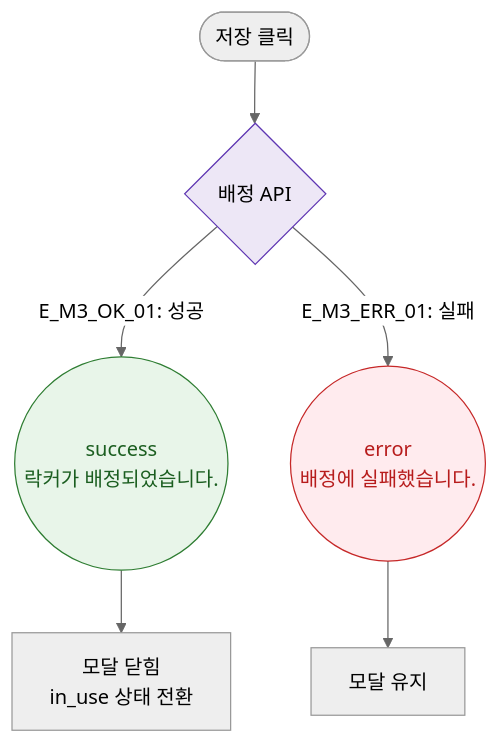
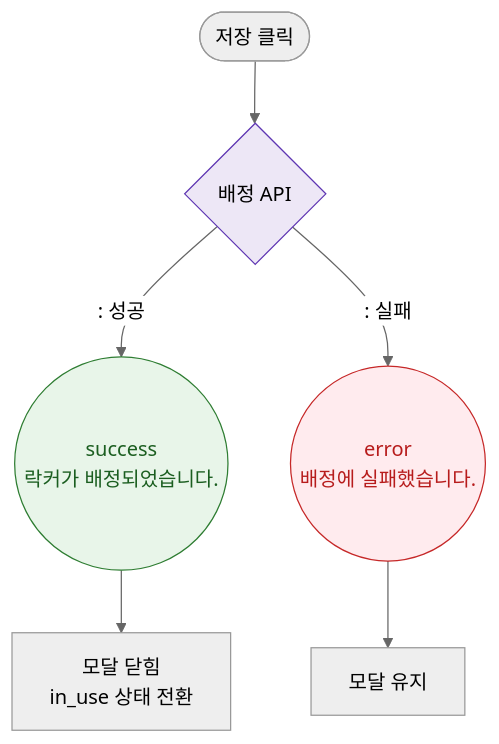
One commit to dev-spogym/admin-pando changed the diagram in docs/다이어그램/D06_시설관리/DLG/DLG-050-004_개별배정/M3_결과분기.md. Above: the diagram before and after it, drawn with Mermaid (neutral theme). The commit also changed other lines of this file and 1660 other files, not shown here.

First line of the commit message:
다이어그램: 기획자/클라이언트 납품본으로 정리

````diff
--- a/docs/다이어그램/D06_시설관리/DLG/DLG-050-004_개별배정/M3_결과분기.md
+++ b/docs/다이어그램/D06_시설관리/DLG/DLG-050-004_개별배정/M3_결과분기.md
@@ -16,15 +14,15 @@
 ```mermaid
 flowchart TD
     ACTION([저장 클릭]) --> AssignAPI{배정 API}
-    AssignAPI -->|"E_M3_OK_01: 성공"| SuccessToast((success\n락커가 배정되었습니다.))
-    AssignAPI -->|"E_M3_ERR_01: 실패"| ErrorToast((error\n배정에 실패했습니다.))
+    AssignAPI -->|": 성공"|SuccessToast((success\n락커가 배정되었습니다.))
+    AssignAPI -->|": 실패"|ErrorToast((error\n배정에 실패했습니다.))
     SuccessToast --> CLOSE[모달 닫힘\nin_use 상태 전환]
     ErrorToast --> STAY[모달 유지]
 
     classDef success fill:#E8F5E9,stroke:#2E7D32,color:#1B5E20
     classDef error fill:#FFEBEE,stroke:#C62828,color:#B71C1C
     classDef system fill:#EDE7F6,stroke:#5E35B2
     class SuccessToast success
     class ErrorToast error
     class AssignAPI system
 ```
````
